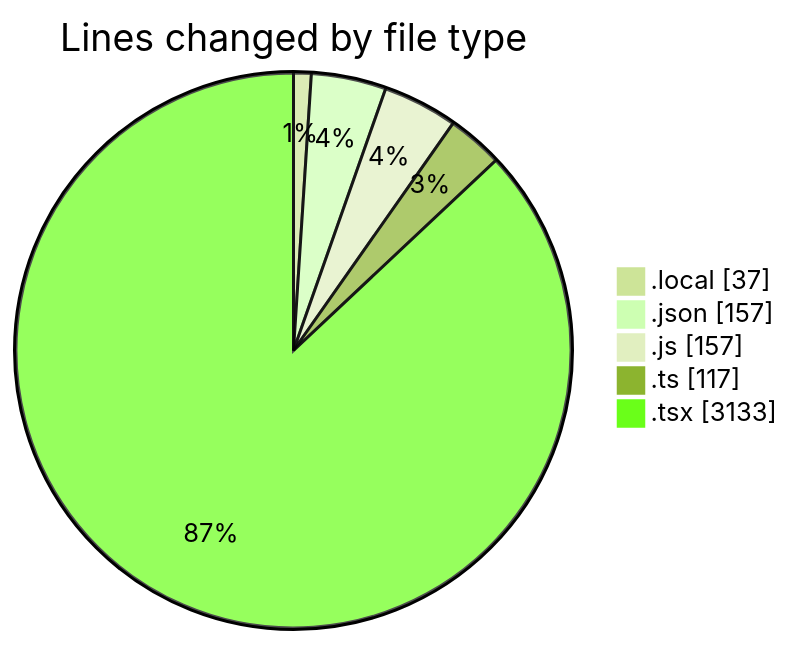
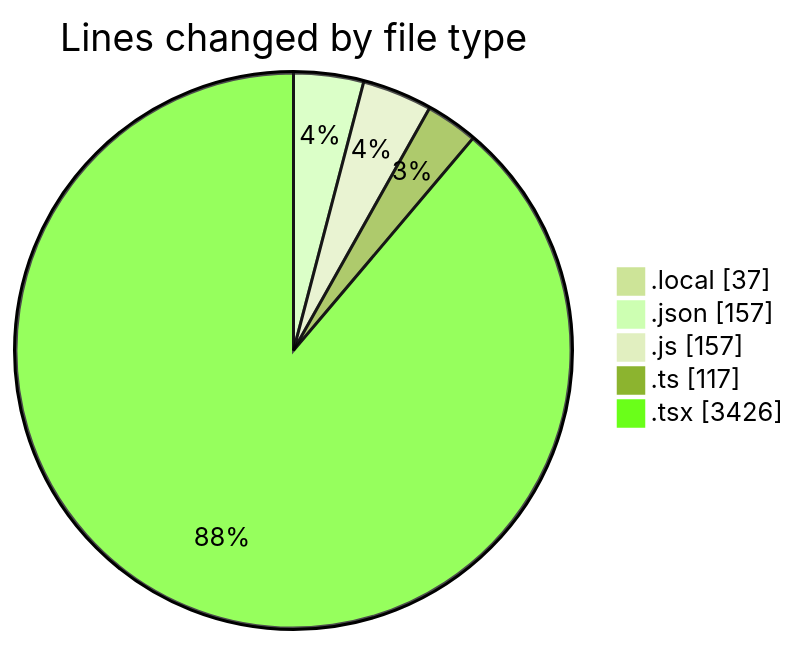
The first of 2 diagrams in 2026-02-17/id_ia/README.md (becaeroporto-bot/code-tracking), drawn with Mermaid (forest theme) before and after one commit. The commit also changed other lines of this file and 1 other file, not shown here.

````diff
--- a/2026-02-17/id_ia/README.md
+++ b/2026-02-17/id_ia/README.md
@@ -44,9 +47,9 @@
 ```mermaid
 pie showData
 title Lines changed by file type
 ".local" : 37
 ".json" : 157
 ".js" : 157
 ".ts" : 117
-".tsx" : 3133
+".tsx" : 3426
 ```
````
